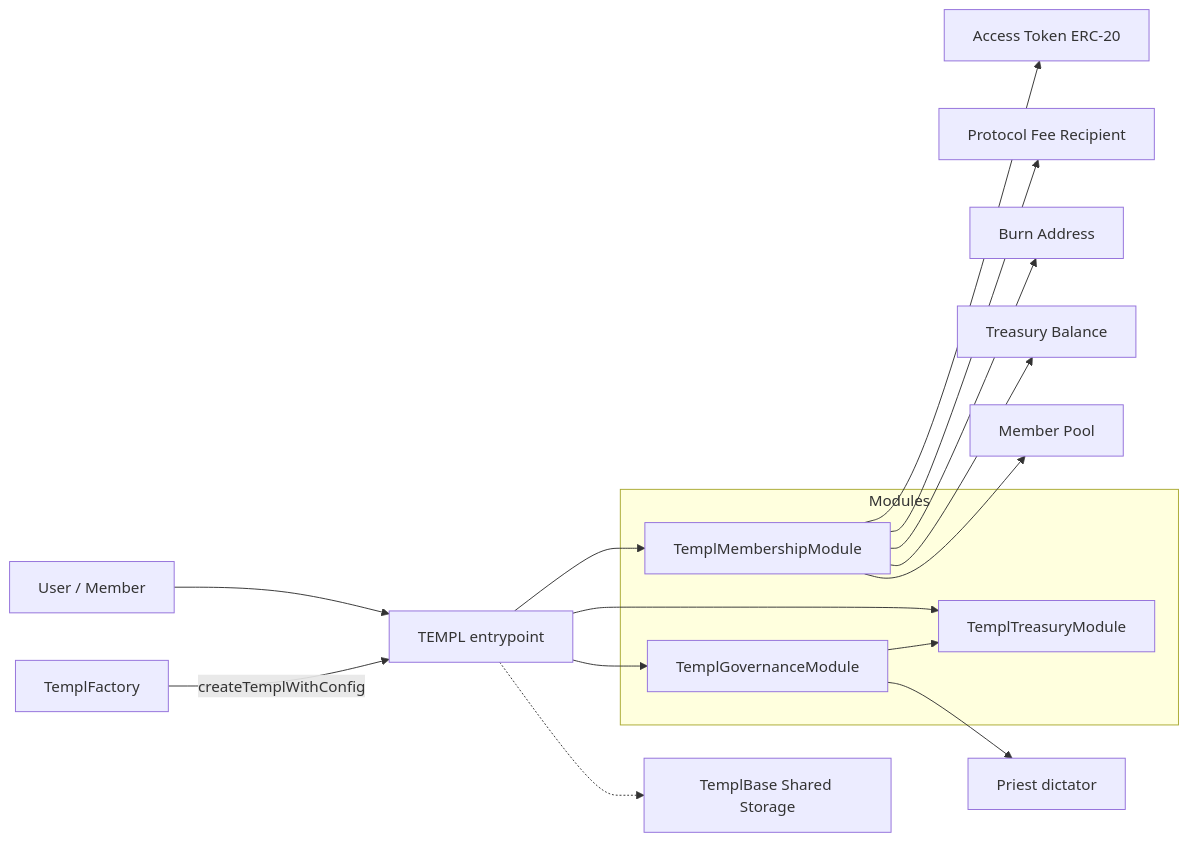
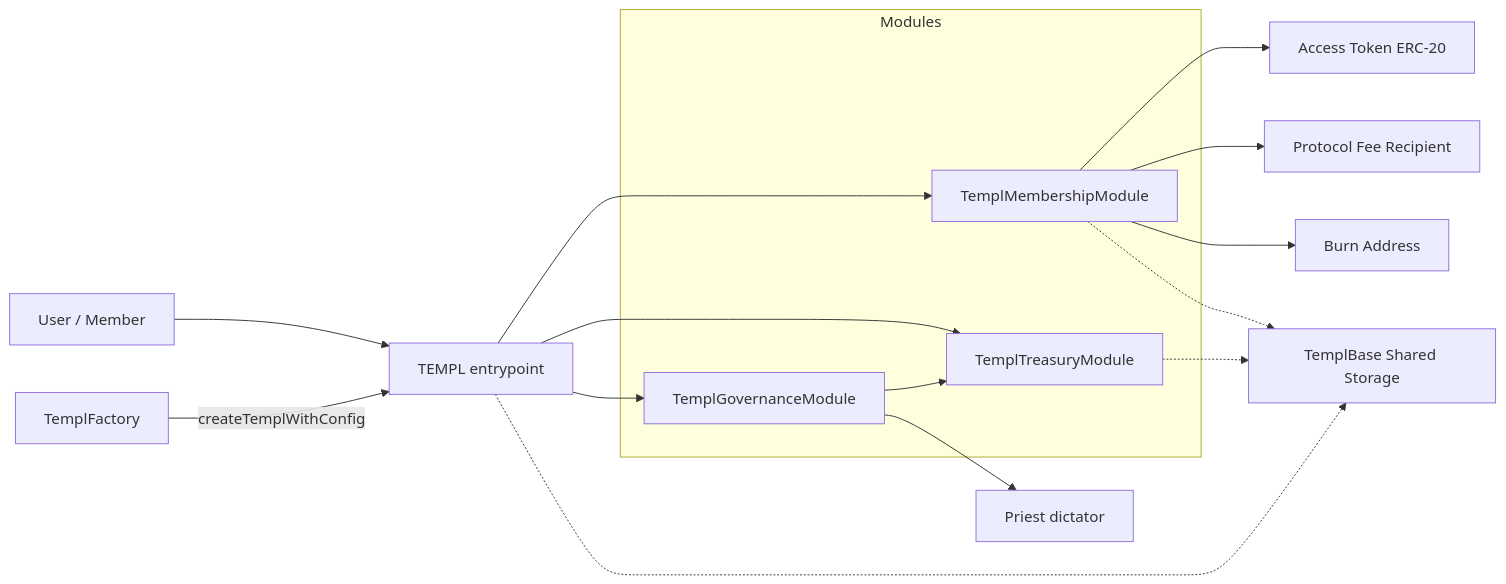
One commit to templ-fun/templ-evm-protocol changed the first of 8 diagrams in README.md. Above: the diagram before and after it, drawn with Mermaid. The commit also changed other lines of this file, not shown here.

Commit message:
improve diagrams

````diff
--- a/README.md
+++ b/README.md
@@ -21,25 +21,25 @@
 ```mermaid
 flowchart LR
   U[User / Member] --> TEMPL[TEMPL entrypoint]
   Factory[TemplFactory] -->|createTemplWithConfig| TEMPL
 
   subgraph Modules
     M[TemplMembershipModule]
     Tr[TemplTreasuryModule]
     G[TemplGovernanceModule]
   end
 
   TEMPL --> M
   TEMPL --> Tr
   TEMPL --> G
   TEMPL -.-> B[TemplBase Shared Storage]
 
   M --> Token[Access Token ERC-20]
   M --> Protocol[Protocol Fee Recipient]
   M --> Burn[Burn Address]
-  M --> Treas[Treasury Balance]
-  M --> Pool[Member Pool]
+  M -.-> B
+  Tr -.-> B
 
   G --> Tr
   G --> Priest[Priest dictator]
 ```
````
